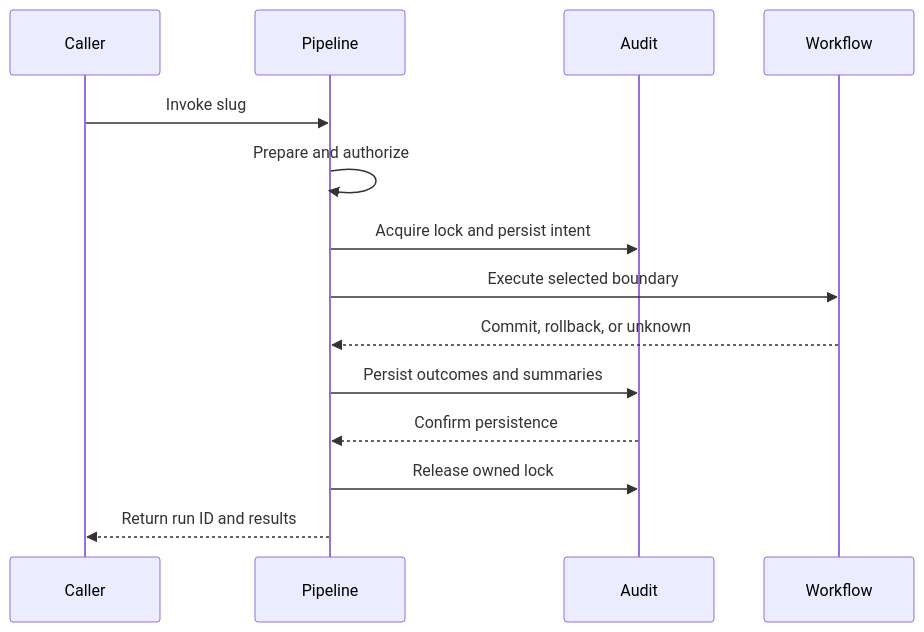
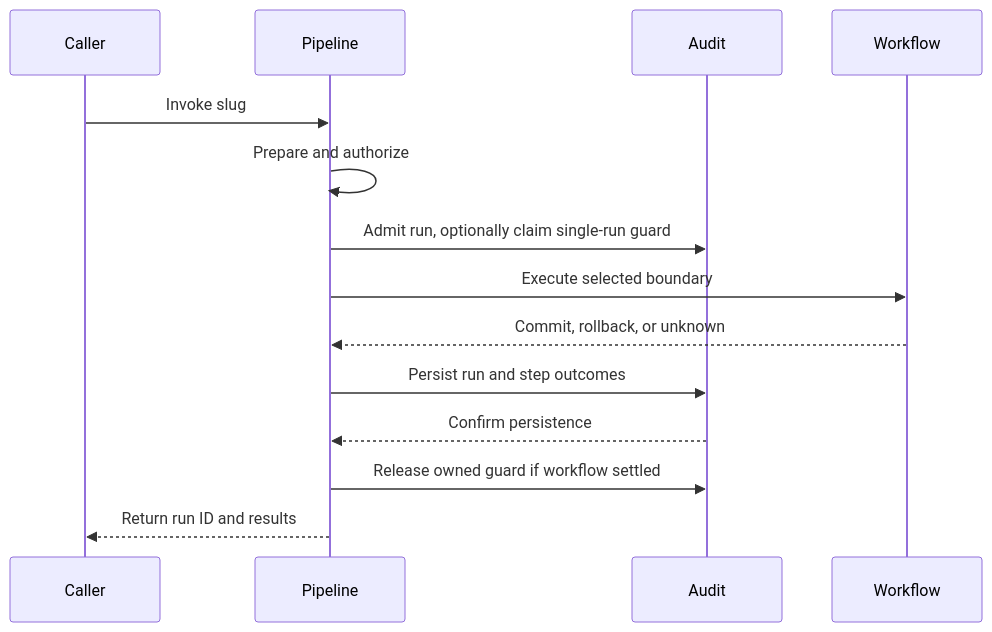
Before and after one commit to noormdev/noorm: the third of 3 diagrams in docs/design/sql-pipelines.md, drawn with Mermaid. The commit also changed other lines of this file and 31 other files, not shown here.

````diff
--- a/docs/design/sql-pipelines.md
+++ b/docs/design/sql-pipelines.md
@@ -248,16 +241,16 @@
 ```mermaid
 sequenceDiagram
     participant Caller
     participant Pipeline
     participant Audit
     participant Workflow
     Caller->>Pipeline: Invoke slug
     Pipeline->>Pipeline: Prepare and authorize
-    Pipeline->>Audit: Acquire lock and persist intent
+    Pipeline->>Audit: Admit run, optionally claim single-run guard
     Pipeline->>Workflow: Execute selected boundary
     Workflow-->>Pipeline: Commit, rollback, or unknown
-    Pipeline->>Audit: Persist outcomes and summaries
+    Pipeline->>Audit: Persist run and step outcomes
     Audit-->>Pipeline: Confirm persistence
-    Pipeline->>Audit: Release owned lock
+    Pipeline->>Audit: Release owned guard if workflow settled
     Pipeline-->>Caller: Return run ID and results
 ```
````
